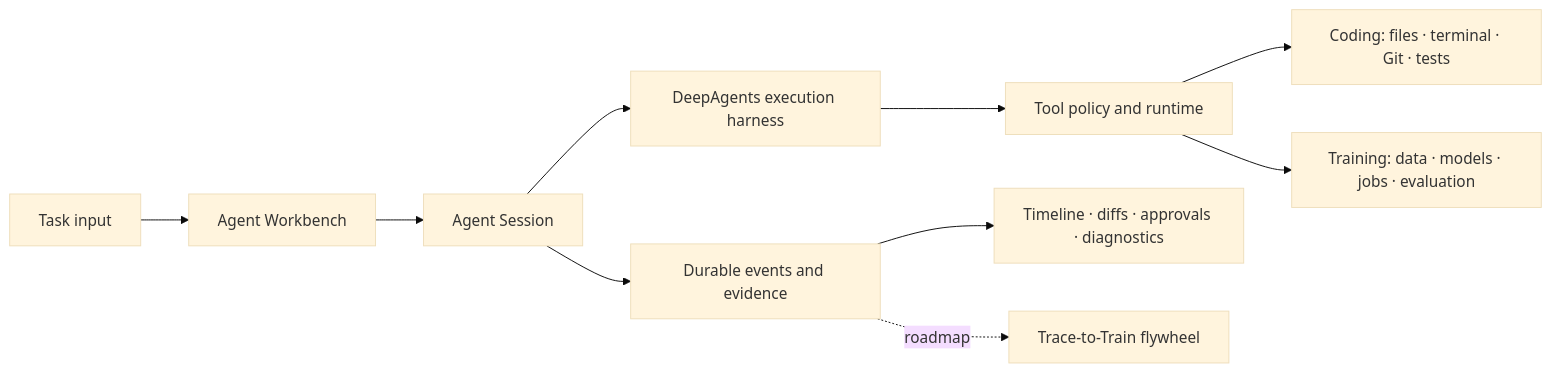
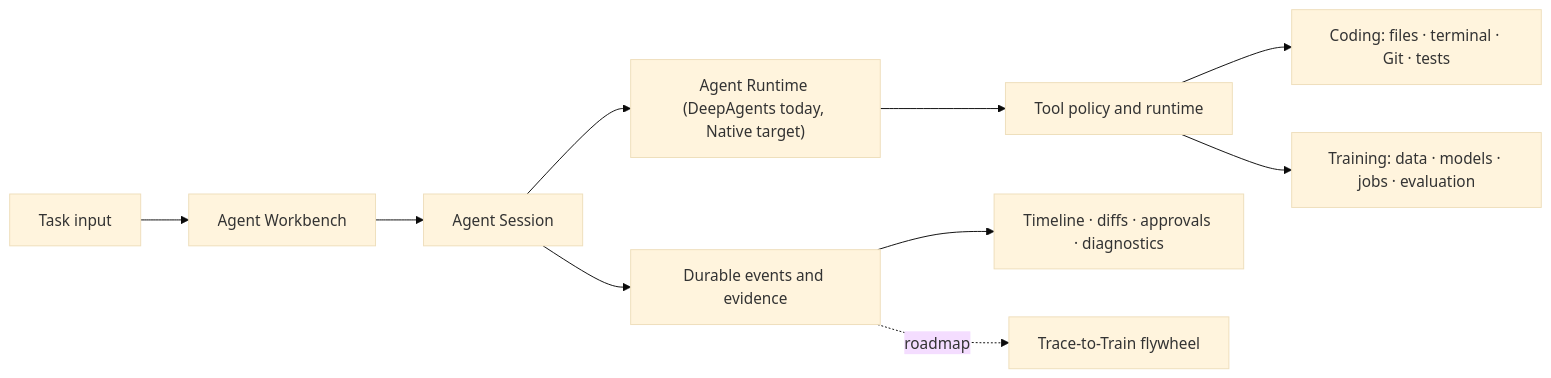
The diagram in README_EN.md (lin09389/finetune-platform), drawn with Mermaid (base theme) before and after one commit. The commit also changed other lines of this file and 4 other files, not shown here.

Commit message:
docs(native-agent): align migration truth and gates

````diff
--- a/README_EN.md
+++ b/README_EN.md
@@ -24,12 +24,12 @@
 ```mermaid
 flowchart LR
     U["Task input"] --> W["Agent Workbench"]
     W --> S["Agent Session"]
-    S --> D["DeepAgents execution harness"]
+    S --> D["Agent Runtime (DeepAgents today, Native target)"]
     D --> P["Tool policy and runtime"]
     P --> C["Coding: files · terminal · Git · tests"]
     P --> T["Training: data · models · jobs · evaluation"]
     S --> E["Durable events and evidence"]
     E --> UI["Timeline · diffs · approvals · diagnostics"]
     E -. "roadmap" .-> TT["Trace-to-Train flywheel"]
 ```
````
